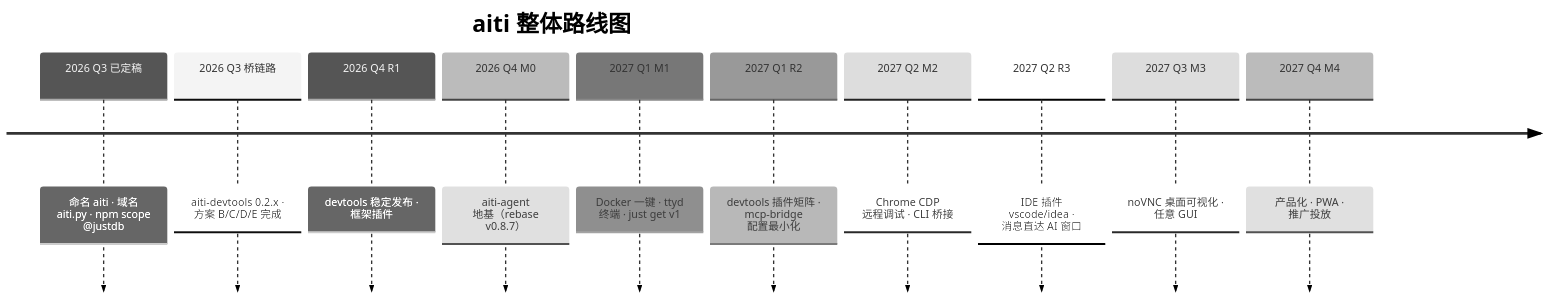
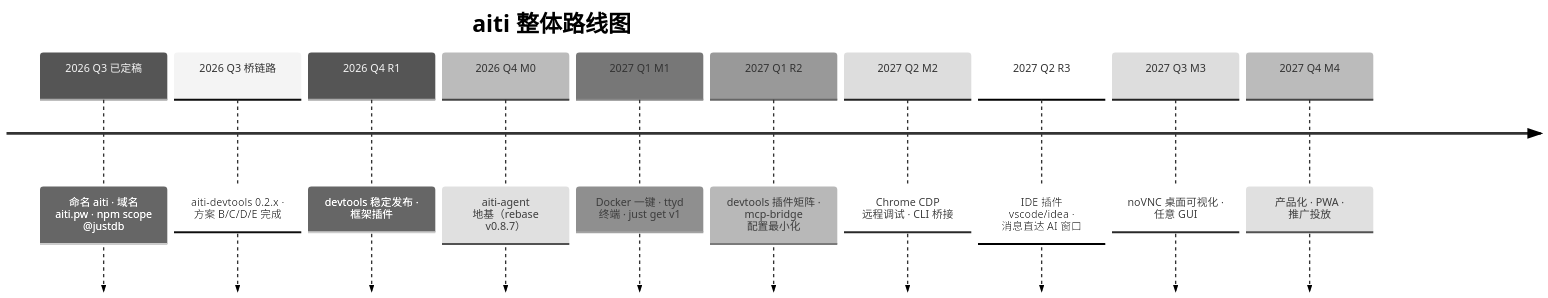
Before and after one commit to aiti-ai/aiti-docs: the diagram in docs/roadmaps/master-plan.md, drawn with Mermaid (neutral theme). The commit also changed other lines of this file and 51 other files, not shown here.

````diff
--- a/docs/roadmaps/master-plan.md
+++ b/docs/roadmaps/master-plan.md
@@ -74,14 +74,14 @@
 ```mermaid
 timeline
     title aiti 整体路线图
-    2026 Q3 已定稿 : 命名 aiti · 域名 aiti.py · npm scope @justdb
+    2026 Q3 已定稿 : 命名 aiti · 域名 aiti.pw · npm scope @justdb
     2026 Q3 桥链路 : aiti-devtools 0.2.x · 方案 B/C/D/E 完成
     2026 Q4 R1 : devtools 稳定发布 · 框架插件
     2026 Q4 M0 : aiti-agent 地基（rebase v0.8.7）
     2027 Q1 M1 : Docker 一键 · ttyd 终端 · just get v1
     2027 Q1 R2 : devtools 插件矩阵 · mcp-bridge 配置最小化
     2027 Q2 M2 : Chrome CDP 远程调试 · CLI 桥接
     2027 Q2 R3 : IDE 插件 vscode/idea · 消息直达 AI 窗口
     2027 Q3 M3 : noVNC 桌面可视化 · 任意 GUI
     2027 Q4 M4 : 产品化 · PWA · 推广投放
 ```
````
